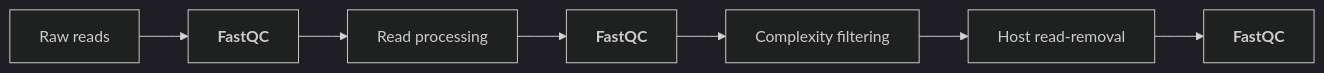
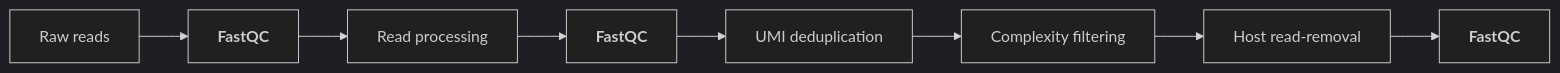
One commit to Joon-Klaps/viralgenie changed the diagram in docs/workflow/preprocessing.md. Above: the diagram before and after it, drawn with Mermaid (dark theme). The commit also changed 2 other files, not shown here.

Commit message:
update preprocessing to include humid

````diff
--- a/docs/workflow/preprocessing.md
+++ b/docs/workflow/preprocessing.md
@@ -22,9 +22,10 @@
 ```mermaid
 graph LR;
     A[Raw reads] --> B["`**FastQC**`"];
     B --> C[Read processing];
     C --> D["`**FastQC**`"];
-    D --> E[Complexity filtering];
-    E --> G[Host read-removal];
-    G --> H["`**FastQC**`"];
+    D --> E[UMI deduplication];
+    E --> G[Complexity filtering];
+    G --> H[Host read-removal];
+    H --> I["`**FastQC**`"];
 ```
````
